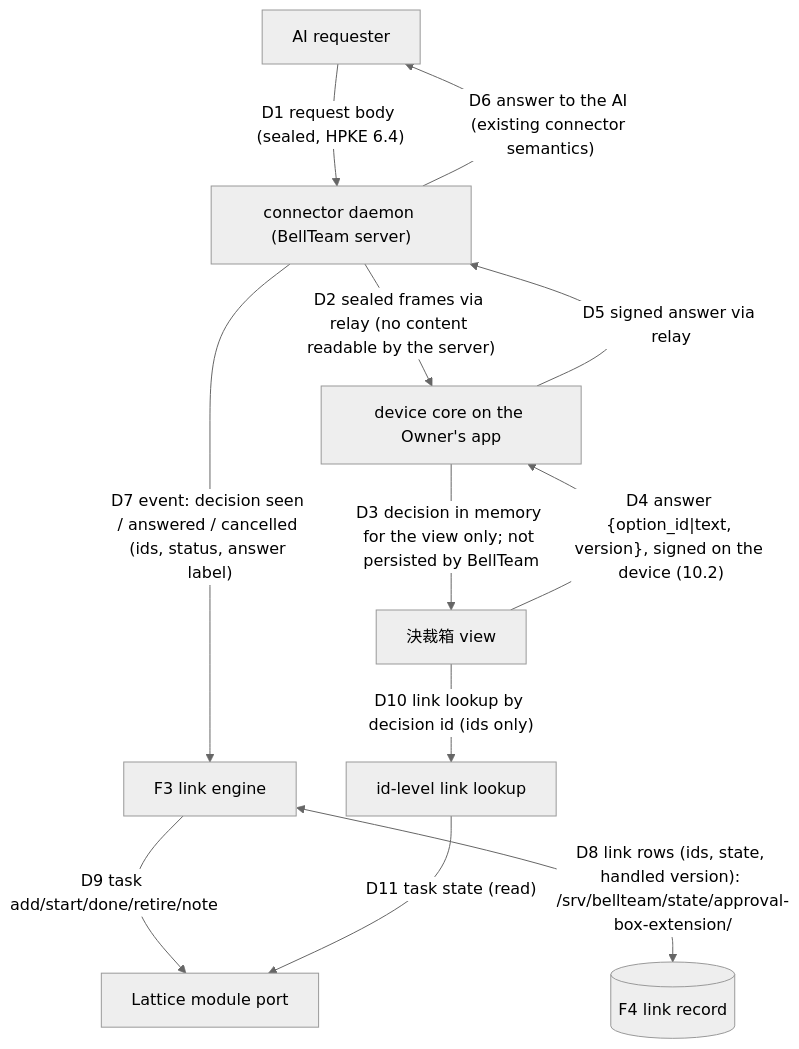
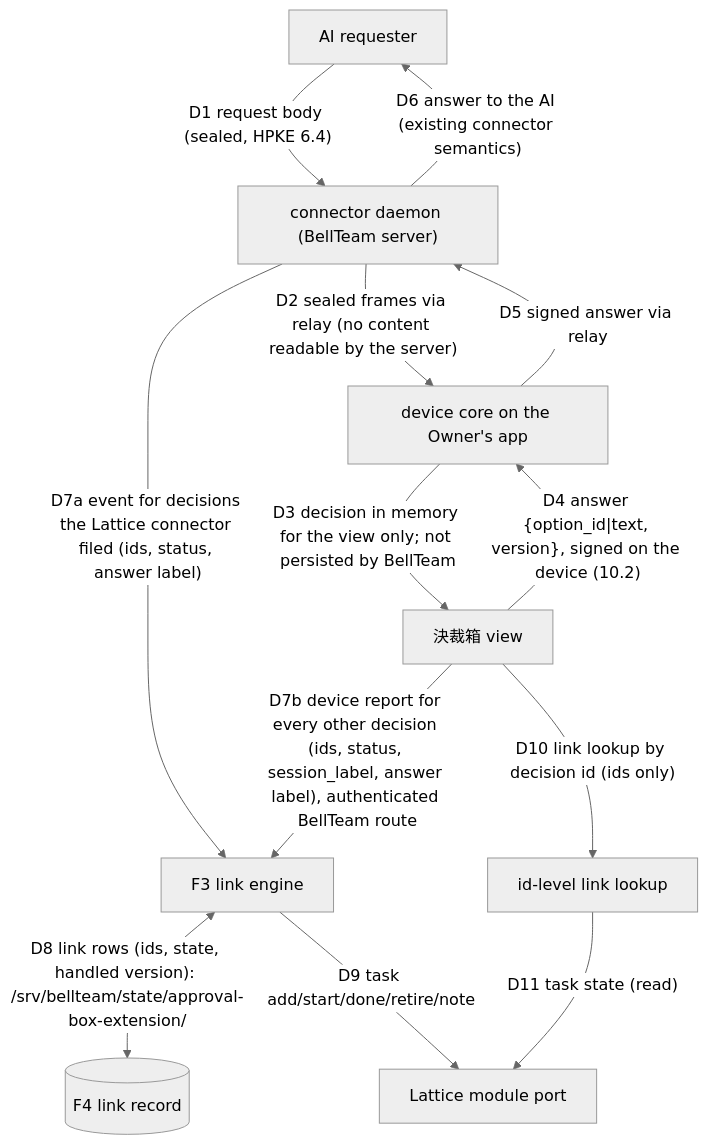
Before and after one commit to kitepon/BellTeam: the second of 2 diagrams in docs/architecture/modules/approval-box-extension/peer-channel-v0.2.md, drawn with Mermaid (neutral theme). The commit also changed other lines of this file, not shown here.

````diff
--- a/docs/architecture/modules/approval-box-extension/peer-channel-v0.2.md
+++ b/docs/architecture/modules/approval-box-extension/peer-channel-v0.2.md
@@ -63,14 +64,15 @@
 ```mermaid
 flowchart TD
   AI["AI requester"] -- "D1 request body (sealed, HPKE 6.4)" --> DM["connector daemon (BellTeam server)"]
   DM -- "D2 sealed frames via relay (no content readable by the server)" --> DEVICE["device core on the Owner's app"]
   DEVICE -- "D3 decision in memory for the view only; not persisted by BellTeam" --> VIEW["決裁箱 view"]
   VIEW -- "D4 answer {option_id|text, version}, signed on the device (10.2)" --> DEVICE
   DEVICE -- "D5 signed answer via relay" --> DM
   DM -- "D6 answer to the AI (existing connector semantics)" --> AI
-  DM -- "D7 event: decision seen / answered / cancelled (ids, status, answer label)" --> LE["F3 link engine"]
+  DM -- "D7a event for decisions the Lattice connector filed (ids, status, answer label)" --> LE["F3 link engine"]
+  VIEW -- "D7b device report for every other decision (ids, status, session_label, answer label), authenticated BellTeam route" --> LE
   LE <-- "D8 link rows (ids, state, handled version): /srv/bellteam/state/approval-box-extension/" --> LR[("F4 link record")]
   LE -- "D9 task add/start/done/retire/note" --> LP["Lattice module port"]
   VIEW -- "D10 link lookup by decision id (ids only)" --> LK["id-level link lookup"]
   LK -- "D11 task state (read)" --> LP
 ```
````
